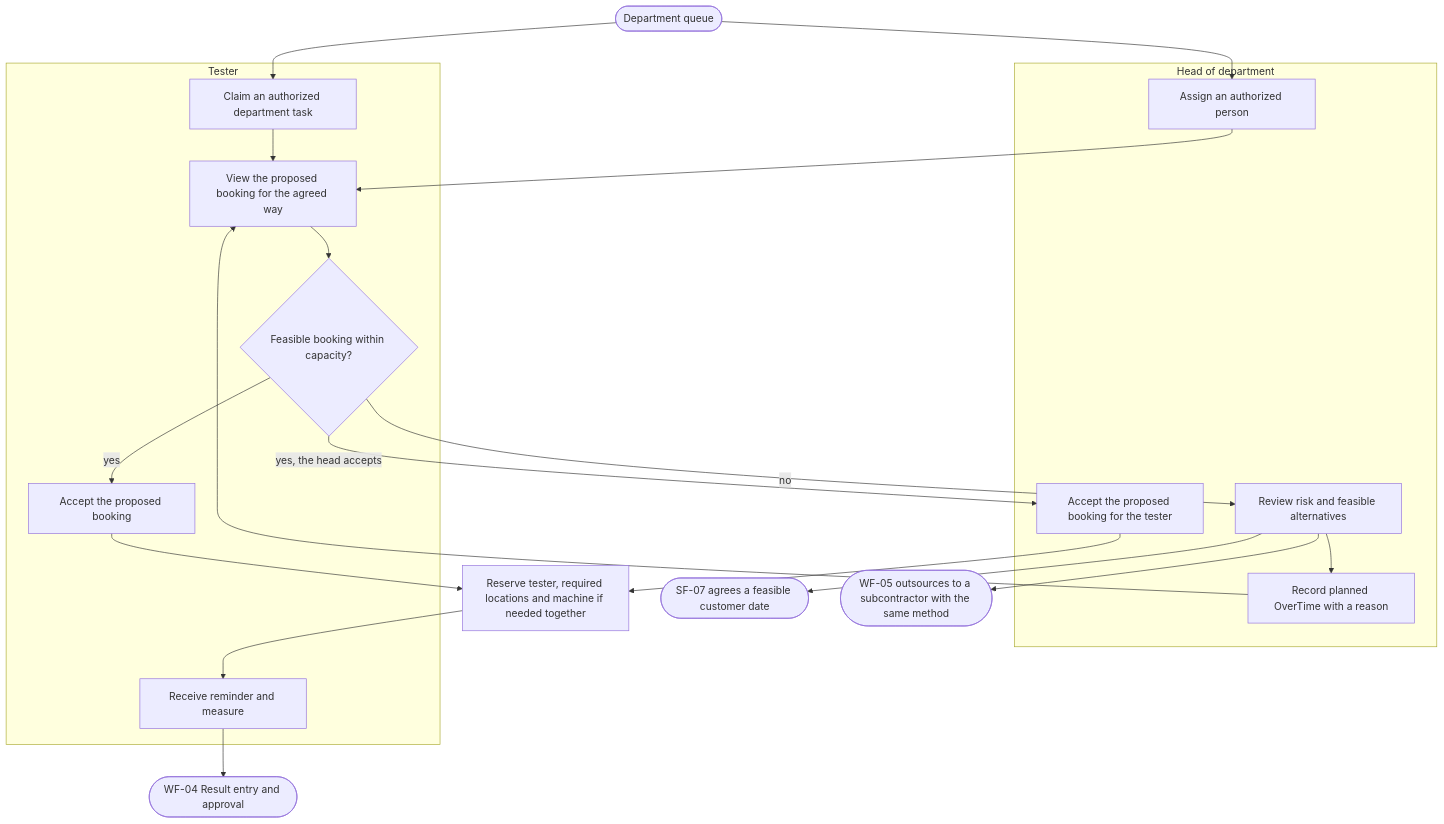
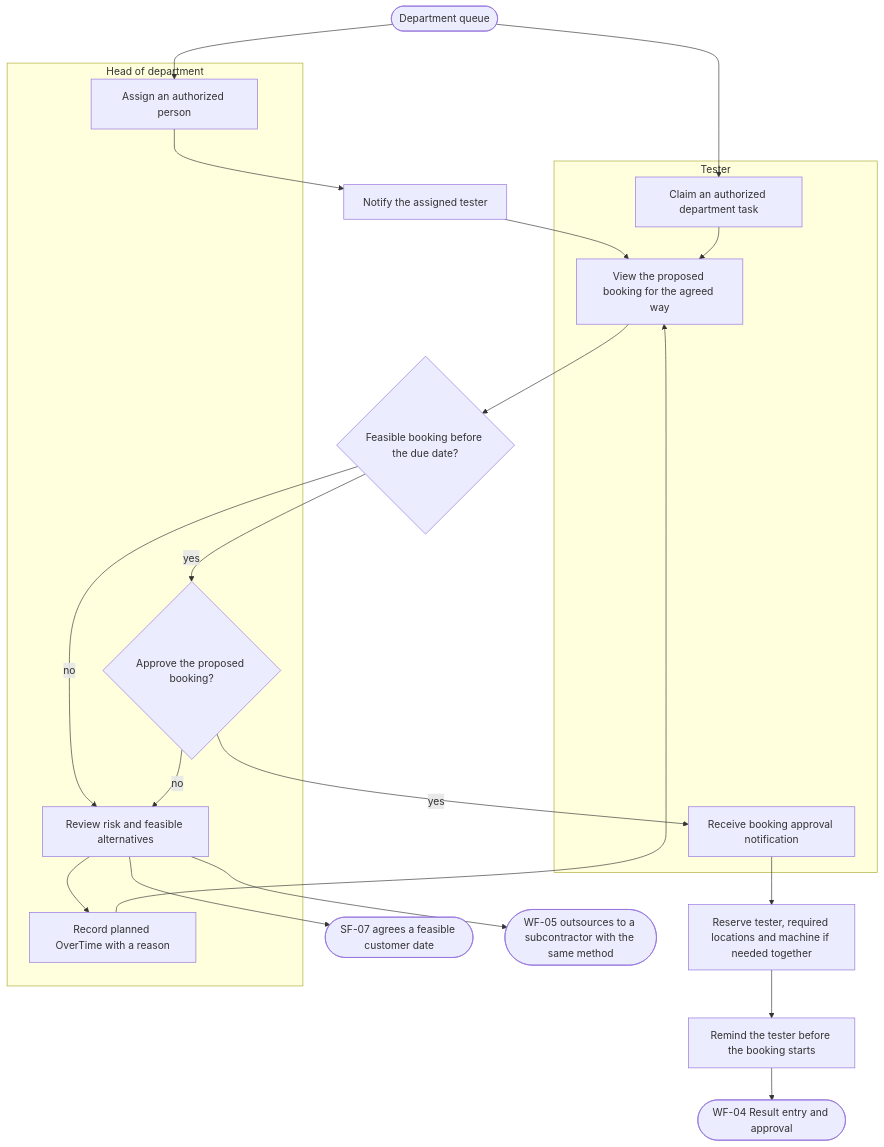
One commit to SoltuneMontepre/medilab changed the third of 17 diagrams in docs/functional/business-flows.md. Above: the diagram before and after it, drawn with Mermaid. The commit also changed other lines of this file and 7 other files, not shown here.

Commit message:
[docs] Have the head approve every feasible booking and the system remind the tester

````diff
--- a/docs/functional/business-flows.md
+++ b/docs/functional/business-flows.md
@@ -147,25 +147,25 @@
 ```mermaid
 flowchart TD
     subgraph lane8 ["Head of department"]
         h1[Assign an authorized person]
-        h4[Accept the proposed booking for the tester]
+        approve{Approve the proposed booking?}
         h2[Review risk and feasible alternatives]
         h3[Record planned OverTime with a reason]
     end
     subgraph lane9 ["Tester"]
         t1[Claim an authorized department task]
-        t2[View the proposed booking for the agreed way] --> t3{Feasible booking within capacity?}
-        t3 -->|yes| t4[Accept the proposed booking]
-        t5[Receive reminder and measure]
+        t2[View the proposed booking for the agreed way]
+        t4[Receive booking approval notification]
     end
-    queue([Department queue]) --> h1 --> t2
+    queue([Department queue]) --> h1 --> notify[Notify the assigned tester] --> t2
     queue --> t1 --> t2
-    t3 -->|yes, the head accepts| h4
-    t4 --> reserve[Reserve tester, required locations and machine if needed together]
-    h4 --> reserve --> t5
-    t3 -->|no| h2
+    t2 --> feasible{Feasible booking before the due date?}
+    feasible -->|yes| approve
+    feasible -->|no| h2
+    approve -->|yes| t4 --> reserve[Reserve tester, required locations and machine if needed together]
+    approve -->|no| h2
     h2 --> h3 --> t2
     h2 --> dates([SF-07 agrees a feasible customer date])
     h2 --> outsource([WF-05 outsources to a subcontractor with the same method])
-    t5 --> wf04([WF-04 Result entry and approval])
+    reserve --> remind[Remind the tester before the booking starts] --> wf04([WF-04 Result entry and approval])
 ```
````
